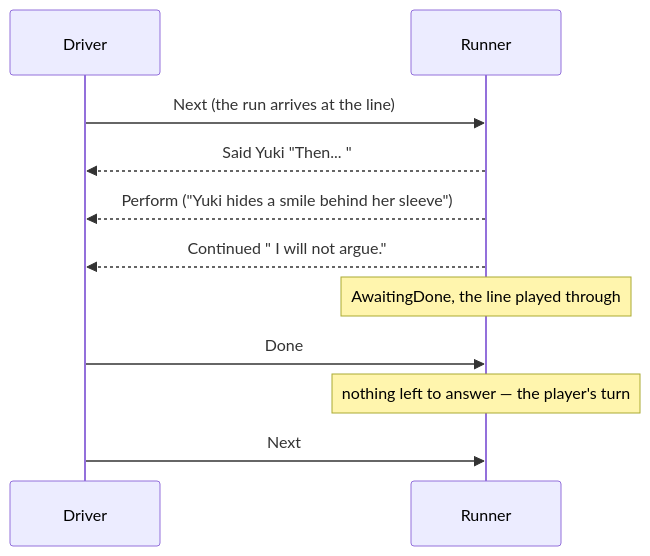
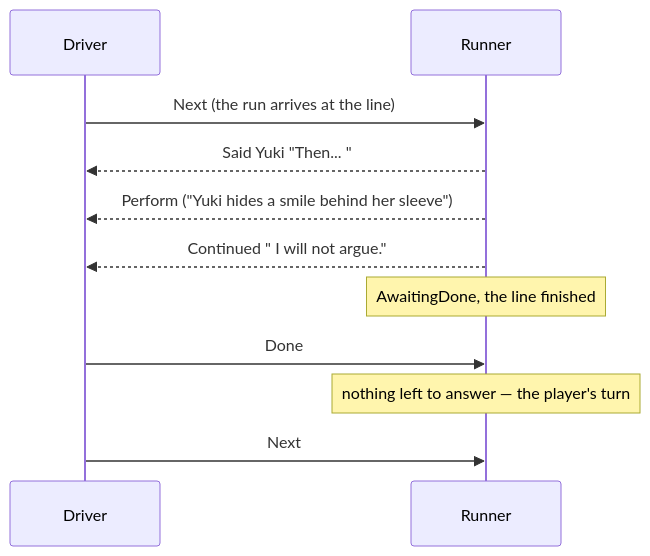
Before and after one commit to pengzhengyi/dialoguedown: the first of 2 diagrams in docs/contributing/design-notes/runtime/Speaking a Line.md, drawn with Mermaid. The commit also changed other lines of this file and 6 other files, not shown here.

````diff
--- a/docs/contributing/design-notes/runtime/Speaking a Line.md
+++ b/docs/contributing/design-notes/runtime/Speaking a Line.md
@@ -130,13 +130,13 @@
 ```mermaid
 sequenceDiagram
     participant D as Driver
     participant R as Runner
     D->>R: Next (the run arrives at the line)
     R-->>D: Said Yuki "Then... "
     R-->>D: Perform ("Yuki hides a smile behind her sleeve")
     R-->>D: Continued " I will not argue."
-    Note over R: AwaitingDone, the line played through
+    Note over R: AwaitingDone, the line finished
     D->>R: Done
     Note over R: nothing left to answer — the player's turn
     D->>R: Next
 ```
````
